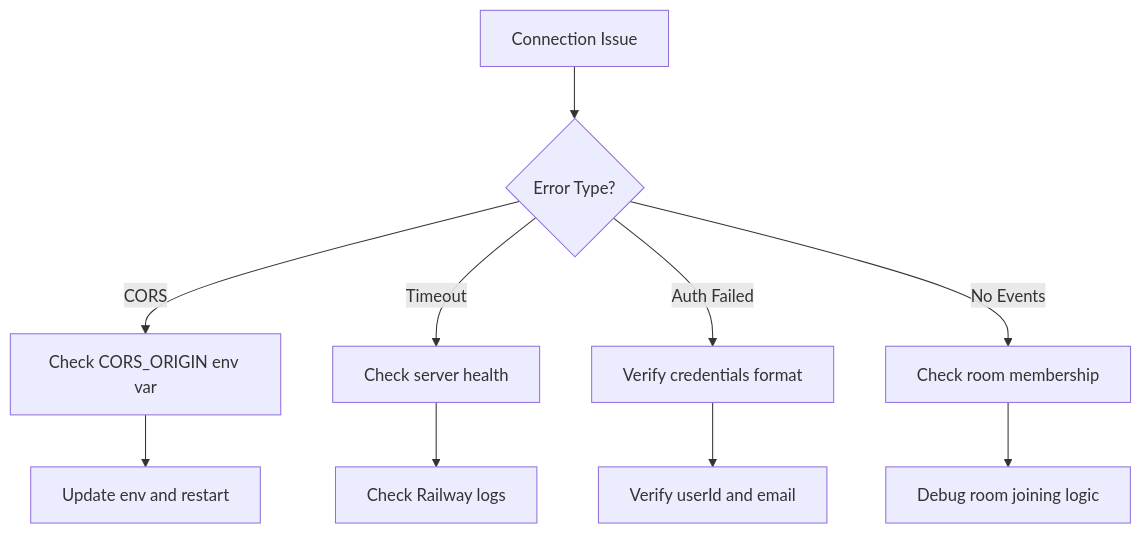
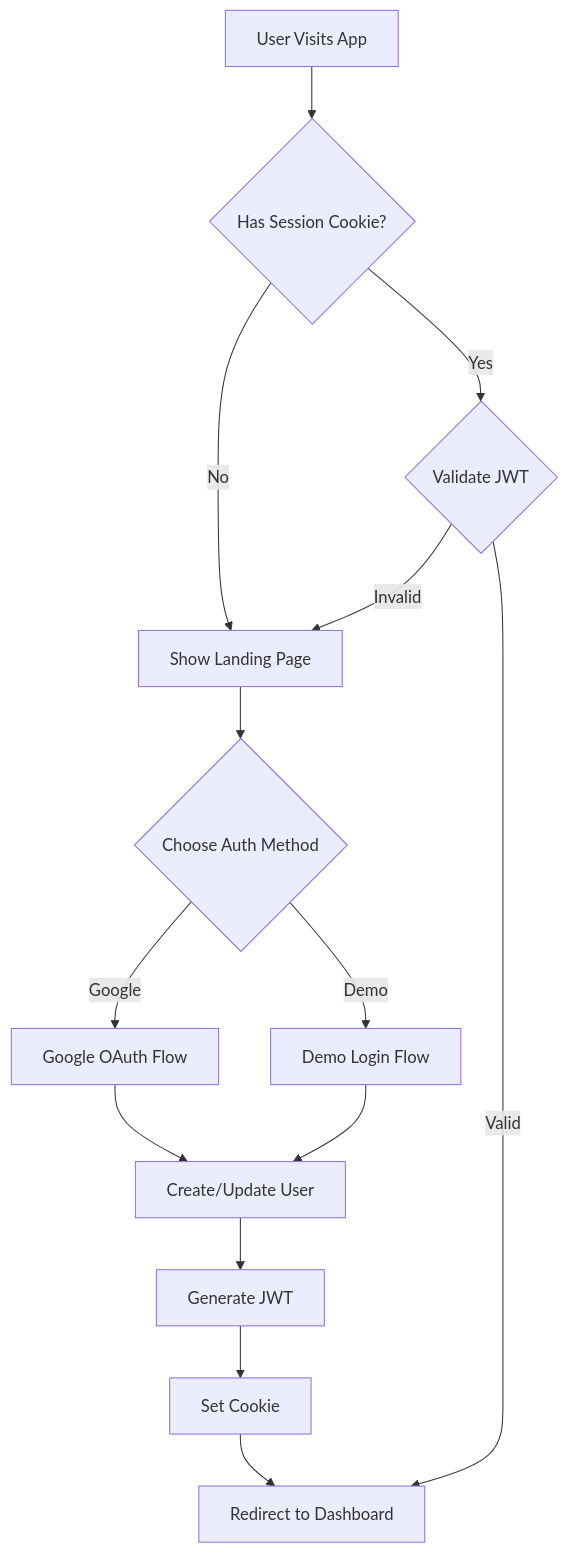
Before and after one commit to anshsharmacse/taskflow-socket: diagram 15 of 39 in README.md, drawn with Mermaid. The commit also changed other lines of this file, not shown here.

````diff
--- a/README.md
+++ b/README.md
@@ -509,13 +604,16 @@
 ```mermaid
 flowchart TD
-    A[Connection Issue] --> B{Error Type?}
-    B -->|CORS| C[Check CORS_ORIGIN env var]
-    B -->|Timeout| D[Check server health]
-    B -->|Auth Failed| E[Verify credentials format]
-    B -->|No Events| F[Check room membership]
-    
-    C --> G[Update env and restart]
-    D --> H[Check Railway logs]
-    E --> I[Verify userId and email]
-    F --> J[Debug room joining logic]
+    A[User Visits App] --> B{Has Session Cookie?}
+    B -->|No| C[Show Landing Page]
+    C --> D{Choose Auth Method}
+    D -->|Google| E[Google OAuth Flow]
+    D -->|Demo| F[Demo Login Flow]
+    E --> G[Create/Update User]
+    F --> G
+    G --> H[Generate JWT]
+    H --> I[Set Cookie]
+    I --> J[Redirect to Dashboard]
+    B -->|Yes| K{Validate JWT}
+    K -->|Valid| J
+    K -->|Invalid| C
 ```
````
